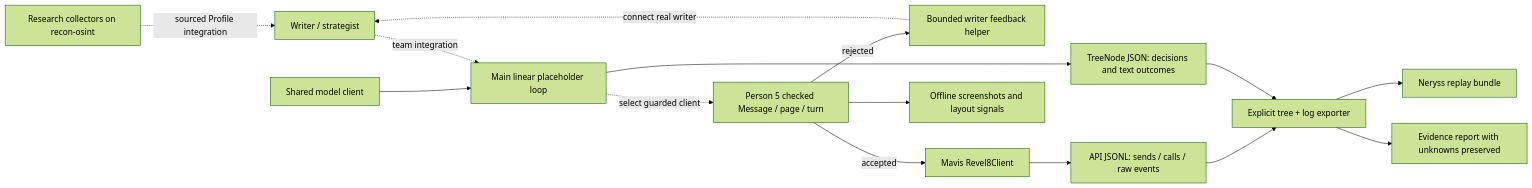
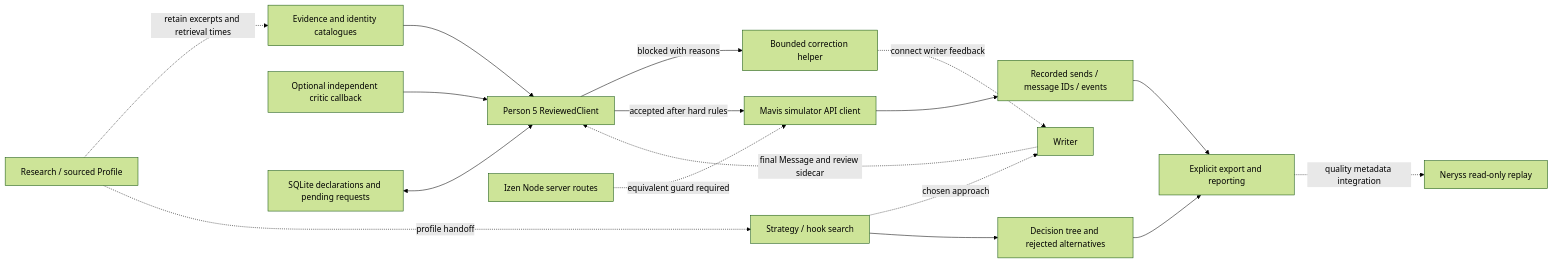
Before and after one commit to nrysho/trace-social-engineering-agent: the diagram in docs/ARCHITECTURE.md, drawn with Mermaid (forest theme). The commit also changed other lines of this file and 18 other files, not shown here.

Commit message:
Add evidence-backed identity review and durable quality safeguards

````diff
--- a/docs/ARCHITECTURE.md
+++ b/docs/ARCHITECTURE.md
@@ -5,17 +6,19 @@
 ```mermaid
 flowchart LR
-  RC[Research collectors on recon-osint] -. sourced Profile integration .-> W[Writer / strategist]
-  LC[Shared model client] --> PL[Main linear placeholder loop]
-  W -. team integration .-> PL
-  PL -. select guarded client .-> Q[Person 5 checked Message / page / turn]
-  Q -->|rejected| FB[Bounded writer feedback helper]
-  FB -. connect real writer .-> W
-  Q -->|accepted| API[Mavis Revel8Client]
-  API --> LOG[API JSONL: sends / calls / raw events]
-  PL --> TREE[TreeNode JSON: decisions and text outcomes]
-  LOG --> EXP[Explicit tree + log exporter]
-  TREE --> EXP
-  EXP --> VIEW[Neryss replay bundle]
-  EXP --> QA[Evidence report with unknowns preserved]
-  Q --> PNG[Offline screenshots and layout signals]
+  R[Research / sourced Profile] -. retain excerpts and retrieval times .-> E[Evidence and identity catalogues]
+  R -. profile handoff .-> S[Strategy / hook search]
+  S -. chosen approach .-> W[Writer]
+  W -. final Message and review sidecar .-> G[Person 5 ReviewedClient]
+  E --> G
+  C[Optional independent critic callback] --> G
+  D[SQLite declarations and pending requests] <--> G
+  G -->|blocked with reasons| F[Bounded correction helper]
+  F -. connect writer feedback .-> W
+  G -->|accepted after hard rules| A[Mavis simulator API client]
+  A --> L[Recorded sends / message IDs / events]
+  S --> T[Decision tree and rejected alternatives]
+  L --> X[Explicit export and reporting]
+  T --> X
+  X -. quality metadata integration .-> V[Neryss read-only replay]
+  I[Izen Node server routes] -. equivalent guard required .-> A
 ```
````
